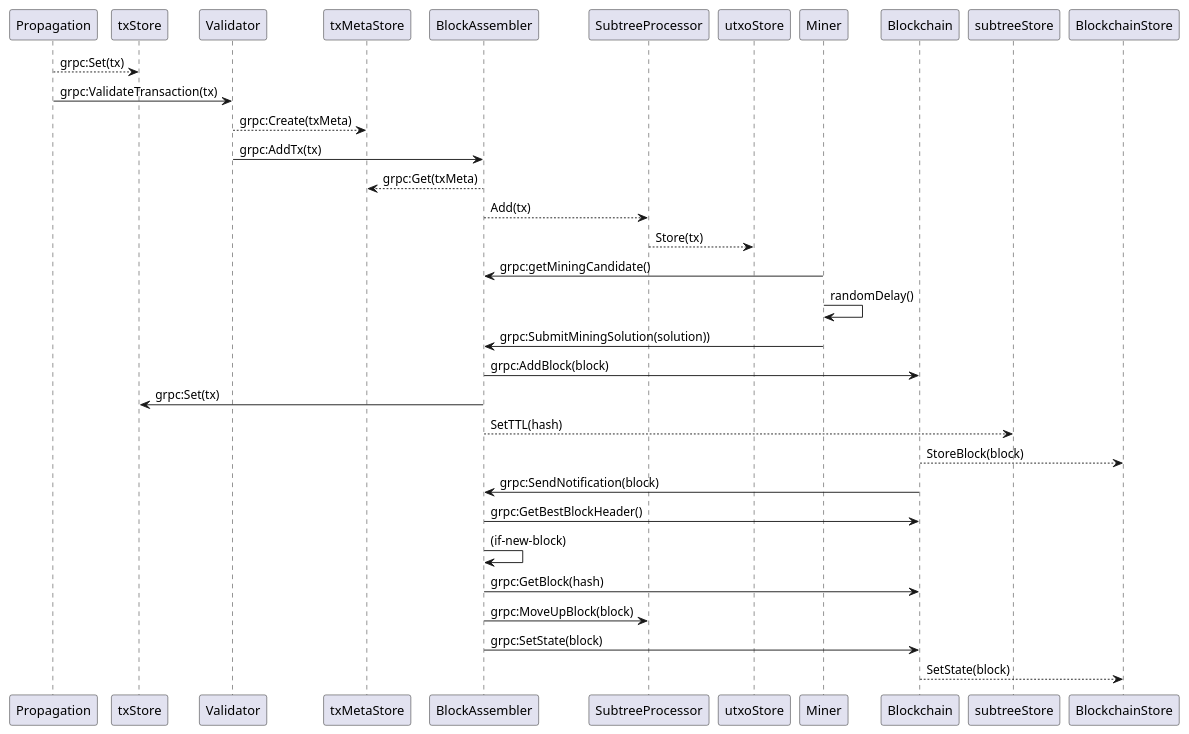
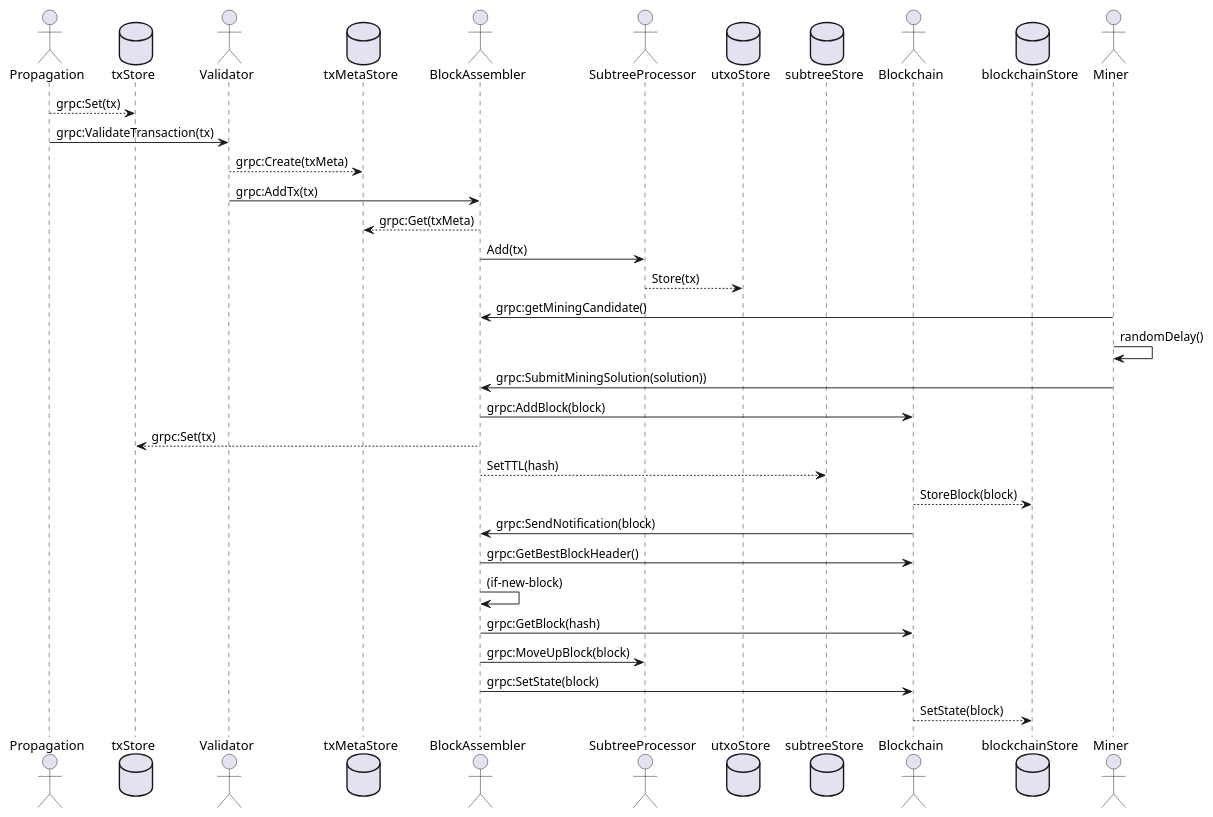
The diagram in docs/overview.puml (freemans13/teranode), drawn with PlantUML before and after one commit.

Commit message:
Use database/actor icons

```diff
--- a/docs/overview.puml
+++ b/docs/overview.puml
@@ -1,28 +1,41 @@
 @startuml overview
+actor Propagation
+database txStore
+actor Validator
+database txMetaStore
+actor BlockAssembler
+actor SubtreeProcessor
+database utxoStore
+database subtreeStore
+Actor Blockchain
+database blockchainStore
+actor Miner
+
 Propagation --> txStore: grpc:Set(tx)
 Propagation -> Validator: grpc:ValidateTransaction(tx)
 
 Validator --> txMetaStore: grpc:Create(txMeta)
 Validator -> BlockAssembler: grpc:AddTx(tx)
 
 BlockAssembler --> txMetaStore: grpc:Get(txMeta)
-BlockAssembler --> SubtreeProcessor: Add(tx)
+BlockAssembler -> SubtreeProcessor: Add(tx)
 SubtreeProcessor --> utxoStore: Store(tx)
 
 Miner -> BlockAssembler : grpc:getMiningCandidate()
 Miner -> Miner : randomDelay()
 Miner -> BlockAssembler : grpc:SubmitMiningSolution(solution))
 
 BlockAssembler -> Blockchain : grpc:AddBlock(block)
-BlockAssembler -> txStore : grpc:Set(tx)
+BlockAssembler --> txStore : grpc:Set(tx)
 BlockAssembler --> subtreeStore : SetTTL(hash)
-Blockchain --> BlockchainStore : StoreBlock(block)
+Blockchain --> blockchainStore : StoreBlock(block)
 Blockchain -> BlockAssembler : grpc:SendNotification(block)
 BlockAssembler -> Blockchain : grpc:GetBestBlockHeader()
 BlockAssembler -> BlockAssembler : (if-new-block)
 BlockAssembler -> Blockchain : grpc:GetBlock(hash)
 BlockAssembler -> SubtreeProcessor : grpc:MoveUpBlock(block)
 BlockAssembler -> Blockchain : grpc:SetState(block)
-Blockchain --> BlockchainStore : SetState(block)
+Blockchain --> blockchainStore : SetState(block)
+
 
 @enduml
```
